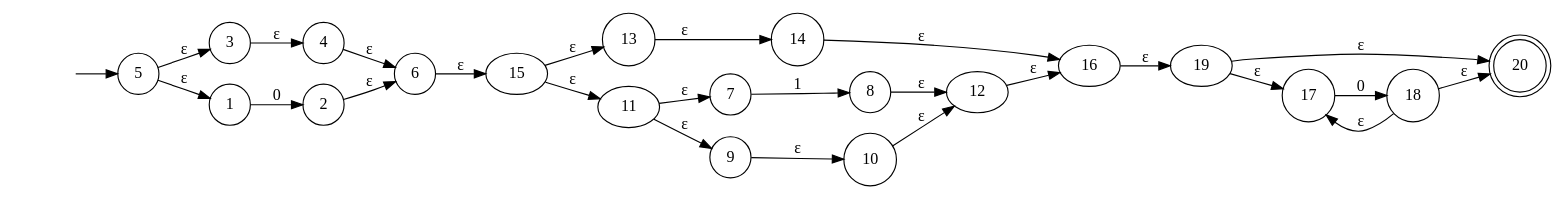
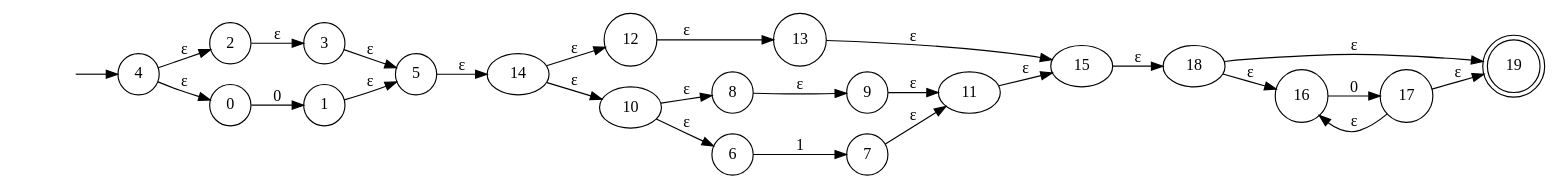
One commit to oscarparedez/compiler-project-1 changed the diagram in NFA.gv. Above: the diagram before and after it, drawn with Graphviz. The commit also changed 3 other files, not shown here.

```diff
--- a/NFA.gv
+++ b/NFA.gv
@@ -1,44 +1,44 @@
 digraph NFA {
 	graph [rankdir=LR]
 	"" [label="" shape=plaintext]
-	20 [label=20 shape=doublecircle]
+	19 [label=19 shape=doublecircle]
+	8 [label=8 shape=circle]
+	16 [label=16 shape=circle]
 	4 [label=4 shape=circle]
+	2 [label=2 shape=circle]
+	13 [label=13 shape=circle]
+	12 [label=12 shape=circle]
+	1 [label=1 shape=circle]
+	3 [label=3 shape=circle]
 	7 [label=7 shape=circle]
-	8 [label=8 shape=circle]
-	2 [label=2 shape=circle]
-	14 [label=14 shape=circle]
-	3 [label=3 shape=circle]
-	13 [label=13 shape=circle]
+	17 [label=17 shape=circle]
+	0 [label=0 shape=circle]
 	9 [label=9 shape=circle]
-	10 [label=10 shape=circle]
 	6 [label=6 shape=circle]
 	5 [label=5 shape=circle]
-	18 [label=18 shape=circle]
-	17 [label=17 shape=circle]
-	1 [label=1 shape=circle]
-	"" -> 5 [label=""]
-	16 -> 19 [label="ε"]
-	6 -> 15 [label="ε"]
-	5 -> 3 [label="ε"]
-	5 -> 1 [label="ε"]
-	2 -> 6 [label="ε"]
-	4 -> 6 [label="ε"]
-	1 -> 2 [label=0]
-	3 -> 4 [label="ε"]
-	15 -> 13 [label="ε"]
-	15 -> 11 [label="ε"]
-	12 -> 16 [label="ε"]
-	14 -> 16 [label="ε"]
-	11 -> 7 [label="ε"]
-	11 -> 9 [label="ε"]
-	8 -> 12 [label="ε"]
-	10 -> 12 [label="ε"]
-	7 -> 8 [label=1]
-	9 -> 10 [label="ε"]
-	13 -> 14 [label="ε"]
-	19 -> 20 [label="ε"]
-	19 -> 17 [label="ε"]
-	18 -> 20 [label="ε"]
-	18 -> 17 [label="ε"]
-	17 -> 18 [label=0]
+	"" -> 4 [label=""]
+	15 -> 18 [label="ε"]
+	5 -> 14 [label="ε"]
+	4 -> 0 [label="ε"]
+	4 -> 2 [label="ε"]
+	1 -> 5 [label="ε"]
+	3 -> 5 [label="ε"]
+	0 -> 1 [label=0]
+	2 -> 3 [label="ε"]
+	14 -> 12 [label="ε"]
+	14 -> 10 [label="ε"]
+	11 -> 15 [label="ε"]
+	13 -> 15 [label="ε"]
+	10 -> 8 [label="ε"]
+	10 -> 6 [label="ε"]
+	7 -> 11 [label="ε"]
+	9 -> 11 [label="ε"]
+	6 -> 7 [label=1]
+	8 -> 9 [label="ε"]
+	12 -> 13 [label="ε"]
+	18 -> 19 [label="ε"]
+	18 -> 16 [label="ε"]
+	17 -> 19 [label="ε"]
+	17 -> 16 [label="ε"]
+	16 -> 17 [label=0]
 }
```
